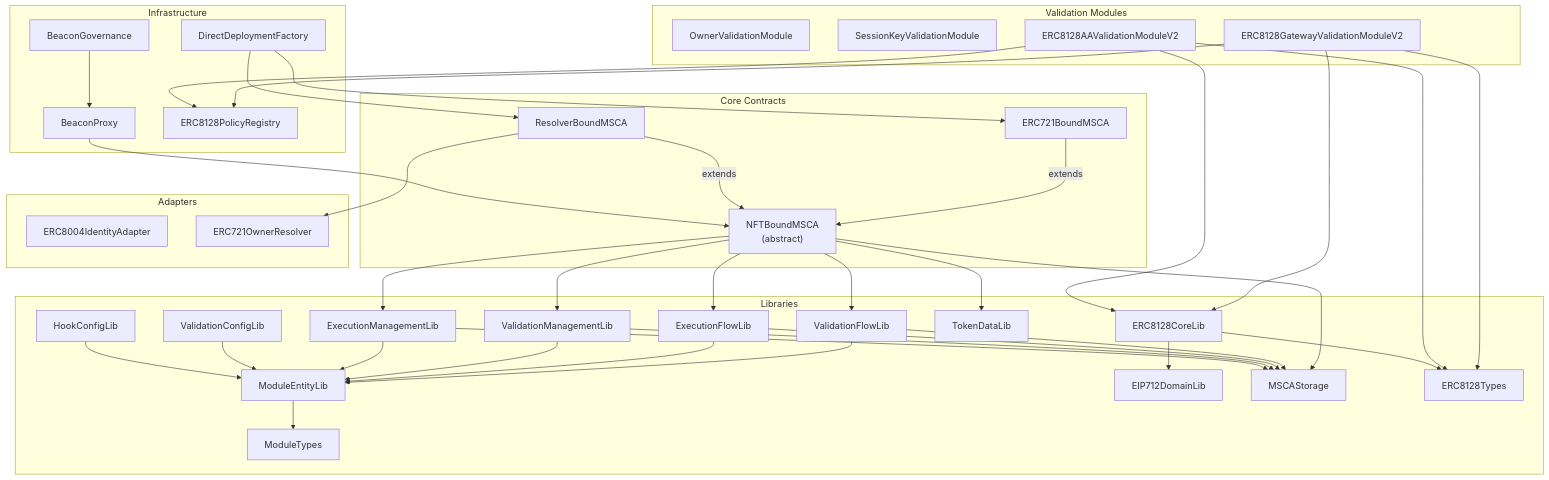
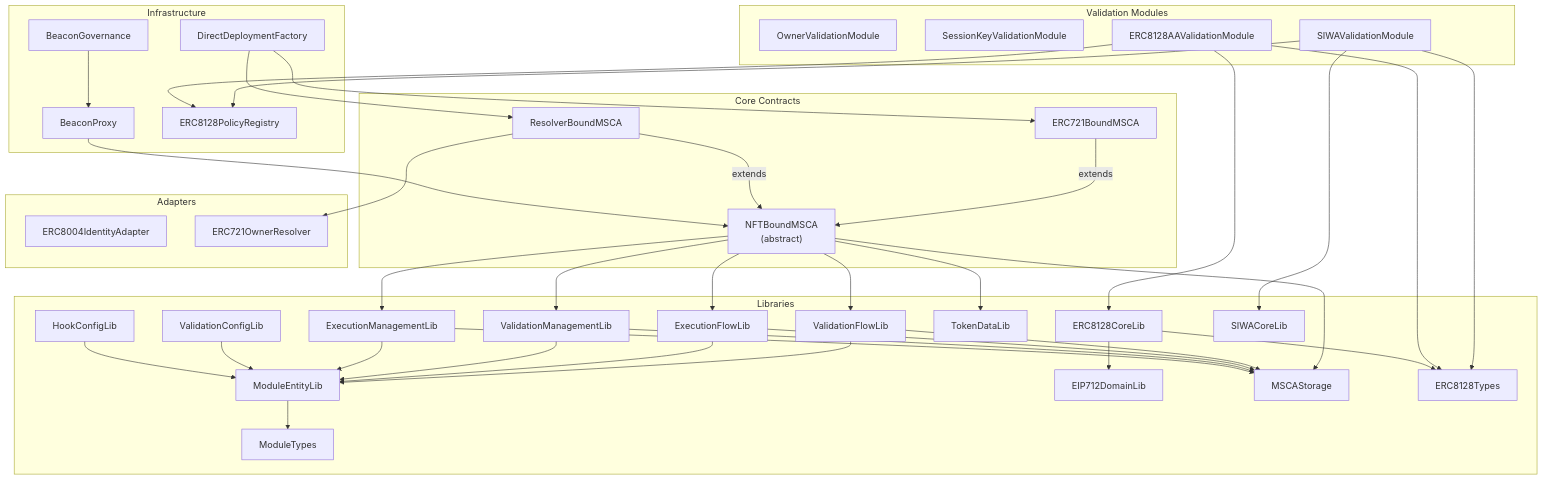
Before and after one commit to EqualFiLabs/agent-wallet-core: the fourth of 32 diagrams in docs/Agent-Wallet-Core-Architecture.md, drawn with Mermaid. The commit also changed other lines of this file and 16 other files, not shown here.

````diff
--- a/docs/Agent-Wallet-Core-Architecture.md
+++ b/docs/Agent-Wallet-Core-Architecture.md
@@ -253,76 +253,77 @@
 ```mermaid
 graph TB
     subgraph "Core Contracts"
         MSCA["NFTBoundMSCA<br/>(abstract)"]
         ERC721Bound["ERC721BoundMSCA"]
         ResolverBound["ResolverBoundMSCA"]
     end
 
     subgraph "Validation Modules"
         OwnerVal["OwnerValidationModule"]
         SessionVal["SessionKeyValidationModule"]
-        GatewayVal["ERC8128GatewayValidationModuleV2"]
-        AAVal["ERC8128AAValidationModuleV2"]
+        GatewayVal["SIWAValidationModule"]
+        AAVal["ERC8128AAValidationModule"]
     end
 
     subgraph "Libraries"
         VFL["ValidationFlowLib"]
         EFL["ExecutionFlowLib"]
         VML["ValidationManagementLib"]
         EML["ExecutionManagementLib"]
         MEL["ModuleEntityLib"]
         VCL["ValidationConfigLib"]
         HCL["HookConfigLib"]
         TDL["TokenDataLib"]
         CoreLib["ERC8128CoreLib"]
+        SIWALib["SIWACoreLib"]
         DomainLib["EIP712DomainLib"]
         Storage["MSCAStorage"]
         Types["ERC8128Types"]
         ModTypes["ModuleTypes"]
     end
 
     subgraph "Infrastructure"
         BeaconProxy["BeaconProxy"]
         BeaconGov["BeaconGovernance"]
         Factory["DirectDeploymentFactory"]
         PolicyReg["ERC8128PolicyRegistry"]
     end
 
     subgraph "Adapters"
         IdentityAdapter["ERC8004IdentityAdapter"]
         OwnerResolver["ERC721OwnerResolver"]
     end
 
     ERC721Bound -->|extends| MSCA
     ResolverBound -->|extends| MSCA
     MSCA --> VFL
     MSCA --> EFL
     MSCA --> VML
     MSCA --> EML
     MSCA --> TDL
     MSCA --> Storage
     VFL --> MEL
     VFL --> Storage
     EFL --> MEL
     EFL --> Storage
     VML --> MEL
     VML --> Storage
     EML --> MEL
     EML --> Storage
     VCL --> MEL
     HCL --> MEL
     MEL --> ModTypes
     GatewayVal --> PolicyReg
-    GatewayVal --> CoreLib
+    GatewayVal --> SIWALib
     GatewayVal --> Types
     AAVal --> PolicyReg
     AAVal --> CoreLib
     AAVal --> Types
     CoreLib --> Types
     CoreLib --> DomainLib
     BeaconProxy --> MSCA
     BeaconGov --> BeaconProxy
     Factory --> ERC721Bound
     Factory --> ResolverBound
     ResolverBound --> OwnerResolver
 ```
````
